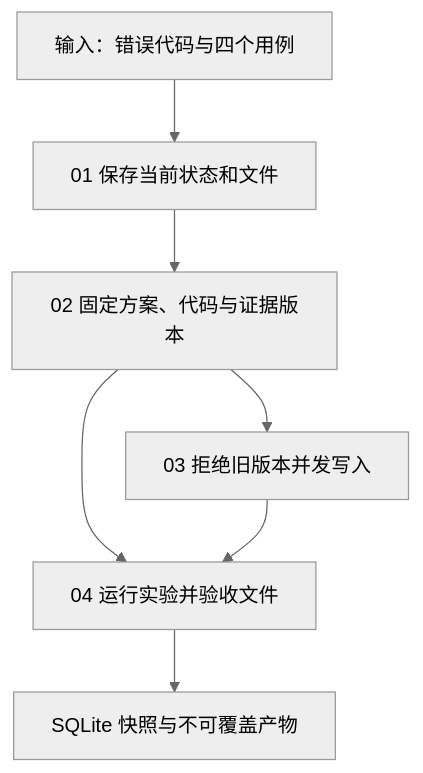
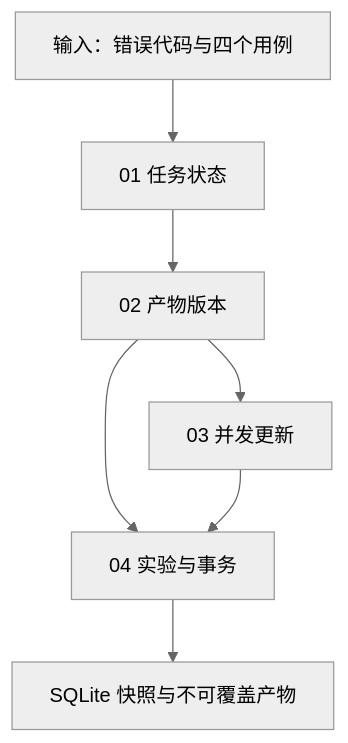
Before and after one commit to HarryYangthu/TheBestAIGuide: the diagram in 10-Knowledge/07-state-and-artifacts/README.md, drawn with Mermaid (neutral theme). The commit also changed other lines of this file and 75 other files, not shown here.

````diff
--- a/10-Knowledge/07-state-and-artifacts/README.md
+++ b/10-Knowledge/07-state-and-artifacts/README.md
@@ -7,9 +7,9 @@
 ```mermaid
 flowchart TD
-    A["输入：错误代码与四个用例"] --> B["01 保存当前状态和文件"]
-    B --> C["02 固定方案、代码与证据版本"]
-    C --> D["03 拒绝旧版本并发写入"]
-    C --> E["04 运行实验并验收文件"]
+    A["输入：错误代码与四个用例"] --> B["01 任务状态"]
+    B --> C["02 产物版本"]
+    C --> D["03 并发更新"]
+    C --> E["04 实验与事务"]
     D --> E
     E --> F["SQLite 快照与不可覆盖产物"]
 ```
````
